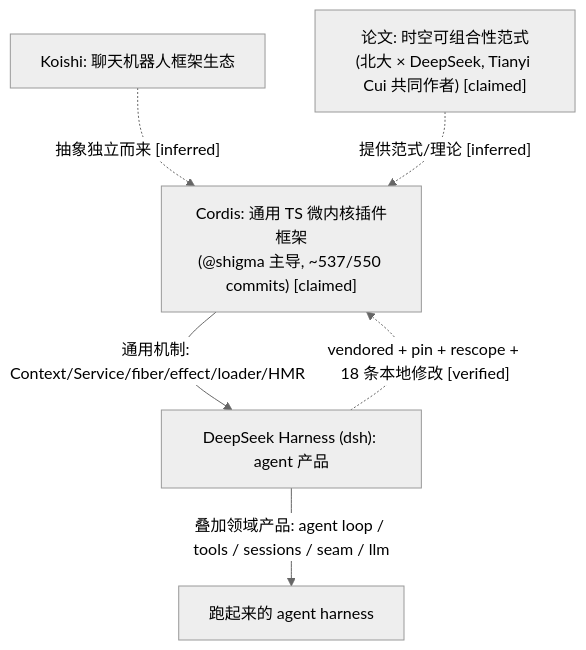
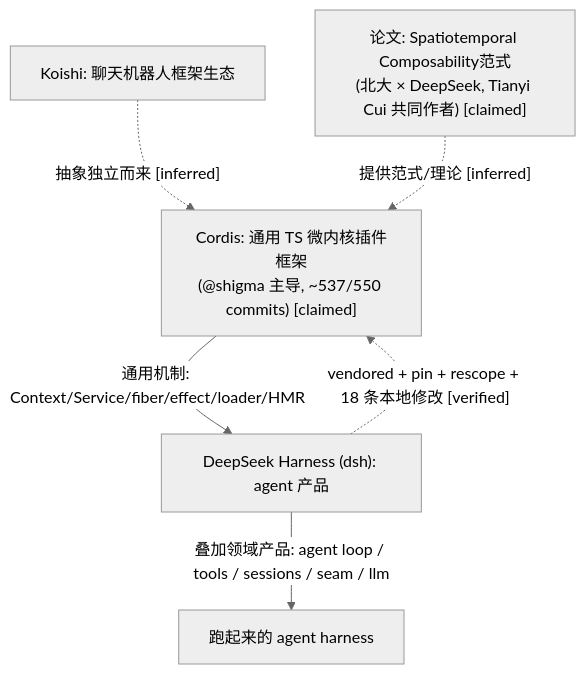
Before and after one commit to xiaonancs/deepseek-harness-deep-dive: the fifth of 5 diagrams in Part I Principles and Usage/02-一切皆插件与Cordis.md, drawn with Mermaid. The commit also changed other lines of this file and 23 other files, not shown here.

````diff
--- a/Part I Principles and Usage/02-一切皆插件与Cordis.md
+++ b/Part I Principles and Usage/02-一切皆插件与Cordis.md
@@ -196,14 +196,14 @@
 ```mermaid
 %%{init: {'theme':'neutral'}}%%
 flowchart TD
-  Paper["论文: 时空可组合性范式<br/>(北大 × DeepSeek, Tianyi Cui 共同作者) [claimed]"]
+  Paper["论文: Spatiotemporal Composability范式<br/>(北大 × DeepSeek, Tianyi Cui 共同作者) [claimed]"]
   Koishi["Koishi: 聊天机器人框架生态"]
   Cordis["Cordis: 通用 TS 微内核插件框架<br/>(@shigma 主导, ~537/550 commits) [claimed]"]
   DSH["DeepSeek Harness (dsh): agent 产品"]
 
   Koishi -. 抽象独立而来 [inferred] .-> Cordis
   Paper -. 提供范式/理论 [inferred] .-> Cordis
   Cordis -->|通用机制: Context/Service/fiber/effect/loader/HMR| DSH
   DSH -. vendored + pin + rescope + 18 条本地修改 [verified] .-> Cordis
   DSH -->|叠加领域产品: agent loop / tools / sessions / seam / llm| DSHOut["跑起来的 agent harness"]
 ```
````
